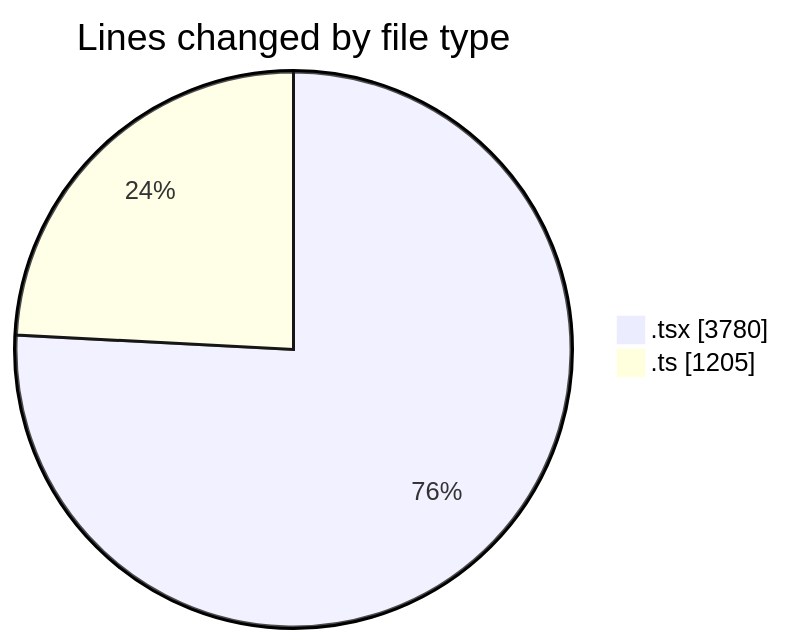
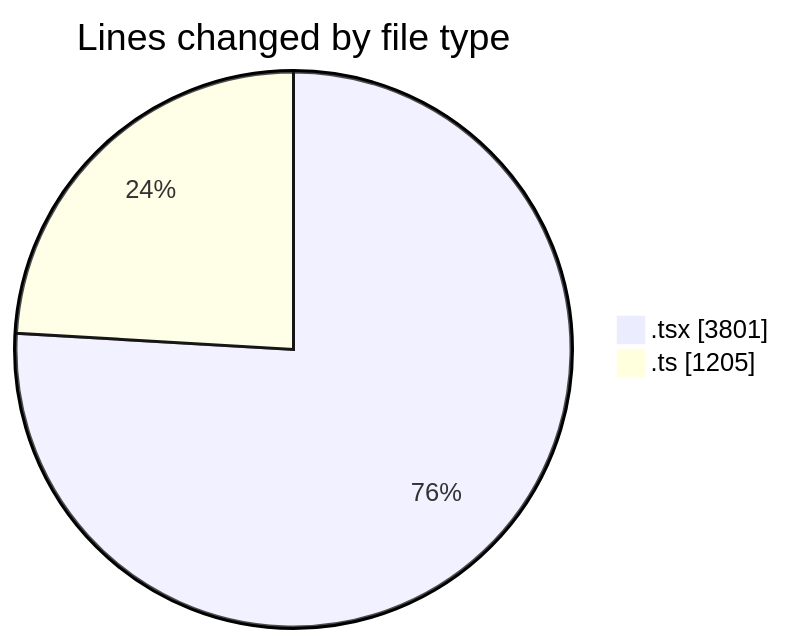
The first of 2 diagrams in 2026-02-18/nxtqube_webapp/README.md (nxtqubesakshisongat/code-tracking), drawn with Mermaid before and after one commit. The commit also changed other lines of this file and 1 other file, not shown here.

````diff
--- a/2026-02-18/nxtqube_webapp/README.md
+++ b/2026-02-18/nxtqube_webapp/README.md
@@ -28,6 +28,6 @@
 ```mermaid
 pie showData
 title Lines changed by file type
-".tsx" : 3780
+".tsx" : 3801
 ".ts" : 1205
 ```
````
